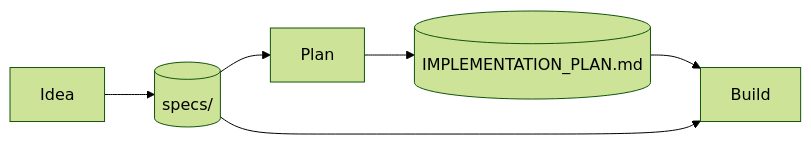
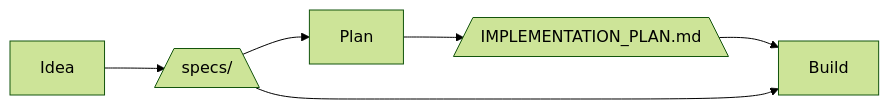
Before and after one commit to zcox/ralph-template: the diagram in README.md, drawn with Mermaid (forest theme).

````diff
--- a/README.md
+++ b/README.md
@@ -10,8 +10,8 @@
 ```mermaid
 graph LR
-    A[Idea] --> B[(specs/)]
+    A[Idea] --> B[/specs/\]
     B --> C[Plan]
-    C --> D[(IMPLEMENTATION_PLAN.md)]
+    C --> D[/IMPLEMENTATION_PLAN.md\]
     D --> E[Build]
     B --> E
 ```
````
